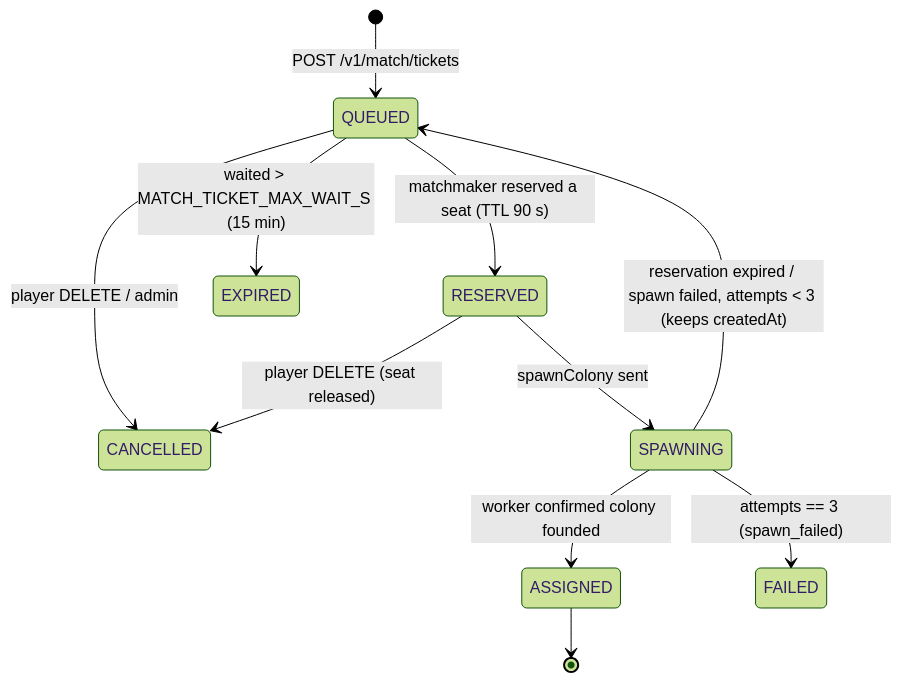
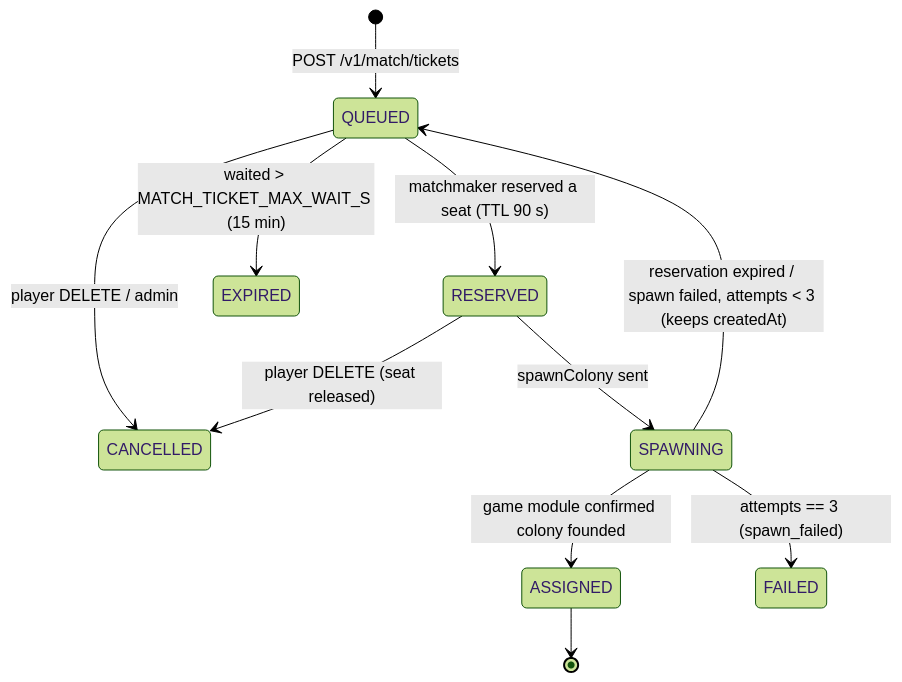
Before and after one commit to recferret-bit/terraagent: the second of 2 diagrams in docs/spec/MATCHMAKING.md, drawn with Mermaid (forest theme). The commit also changed other lines of this file and 63 other files, not shown here.

````diff
--- a/docs/spec/MATCHMAKING.md
+++ b/docs/spec/MATCHMAKING.md
@@ -134,13 +134,13 @@
 ```mermaid
 stateDiagram-v2
   [*] --> QUEUED: POST /v1/match/tickets
   QUEUED --> RESERVED: matchmaker reserved a seat (TTL 90 s)
   QUEUED --> CANCELLED: player DELETE / admin
   QUEUED --> EXPIRED: waited > MATCH_TICKET_MAX_WAIT_S (15 min)
   RESERVED --> SPAWNING: spawnColony sent
   RESERVED --> CANCELLED: player DELETE (seat released)
-  SPAWNING --> ASSIGNED: worker confirmed colony founded
+  SPAWNING --> ASSIGNED: game module confirmed colony founded
   SPAWNING --> QUEUED: reservation expired / spawn failed, attempts < 3 (keeps createdAt)
   SPAWNING --> FAILED: attempts == 3 (spawn_failed)
   ASSIGNED --> [*]
 ```
````
